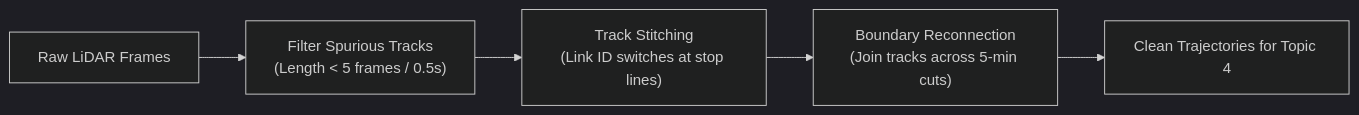
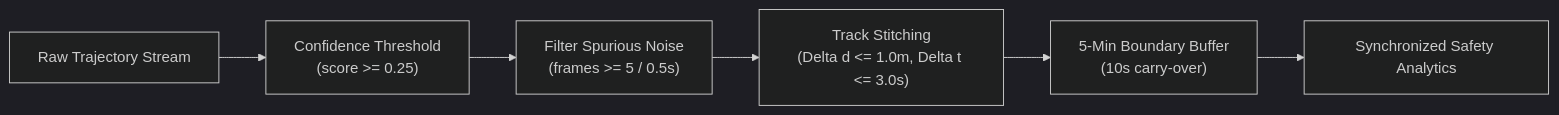
The second of 2 diagrams in DATABASE_AND_PROJECT_GUIDE.md (arman-nqz/pedestrian-and-cyclists-at-the-intersection-data-science-project), drawn with Mermaid (dark theme) before and after one commit. The commit also changed other lines of this file and 1 other file, not shown here.

````diff
--- a/DATABASE_AND_PROJECT_GUIDE.md
+++ b/DATABASE_AND_PROJECT_GUIDE.md
@@ -130,7 +284,8 @@
 ```mermaid
 flowchart LR
-    A["Raw LiDAR Frames"] --> B["Filter Spurious Tracks\n(Length < 5 frames / 0.5s)"]
-    B --> C["Track Stitching\n(Link ID switches at stop lines)"]
-    C --> D["Boundary Reconnection\n(Join tracks across 5-min cuts)"]
-    D --> E["Clean Trajectories for Topic 4"]
+    A["Raw Trajectory Stream"] --> B["Confidence Threshold\n(score >= 0.25)"]
+    B --> C["Filter Spurious Noise\n(frames >= 5 / 0.5s)"]
+    C --> D["Track Stitching\n(Delta d <= 1.0m, Delta t <= 3.0s)"]
+    D --> E["5-Min Boundary Buffer\n(10s carry-over)"]
+    E --> F["Synchronized Safety Analytics"]
 ```
````
